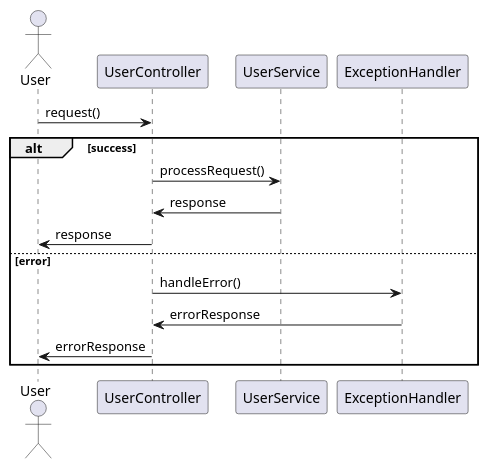
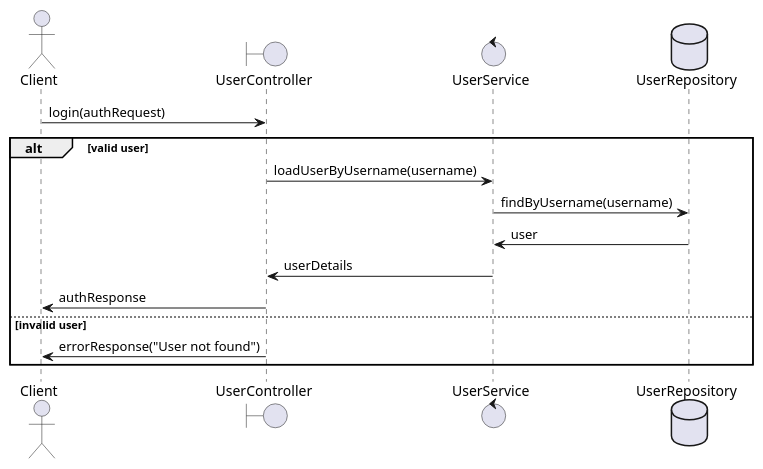
Before and after one commit to shreya-cn/autodev.ai: the fifth of 6 diagrams in identityprovider/documentation/detaileddesign.adoc, drawn with PlantUML. The commit also changed other lines of this file and 3 other files, not shown here.

````diff
--- a/identityprovider/documentation/detaileddesign.adoc
+++ b/identityprovider/documentation/detaileddesign.adoc
@@ -333,20 +373,19 @@
-[plantuml, exception-handling-flow, png]
-----
+```plantuml
 @startuml
-actor User
-participant UserController
-participant UserService
-participant ExceptionHandler
+actor Client
+boundary UserController
+control UserService
+database UserRepository
 
-User -> UserController : request()
-alt success
-  UserController -> UserService : processRequest()
-  UserService -> UserController : response
-  UserController -> User : response
-else error
-  UserController -> ExceptionHandler : handleError()
-  ExceptionHandler -> UserController : errorResponse
-  UserController -> User : errorResponse
+Client -> UserController : login(authRequest)
+alt valid user
+  UserController -> UserService : loadUserByUsername(username)
+  UserService -> UserRepository : findByUsername(username)
+  UserRepository -> UserService : user
+  UserService -> UserController : userDetails
+  UserController -> Client : authResponse
+else invalid user
+  UserController -> Client : errorResponse("User not found")
 end
 @enduml
-----
+```
````
